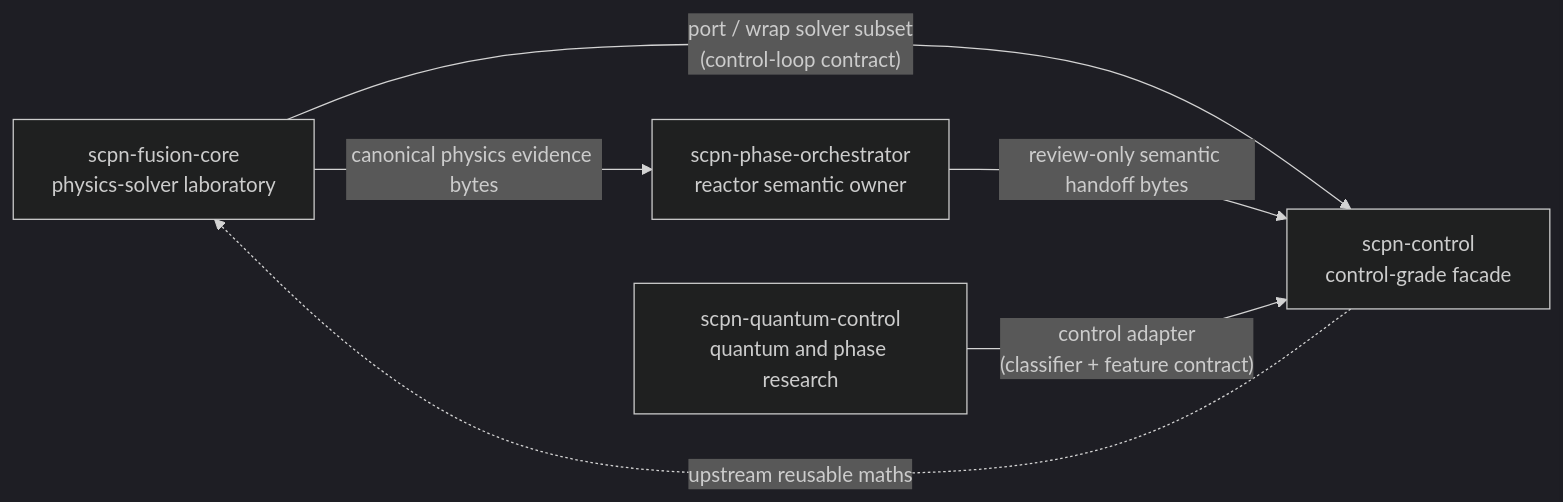
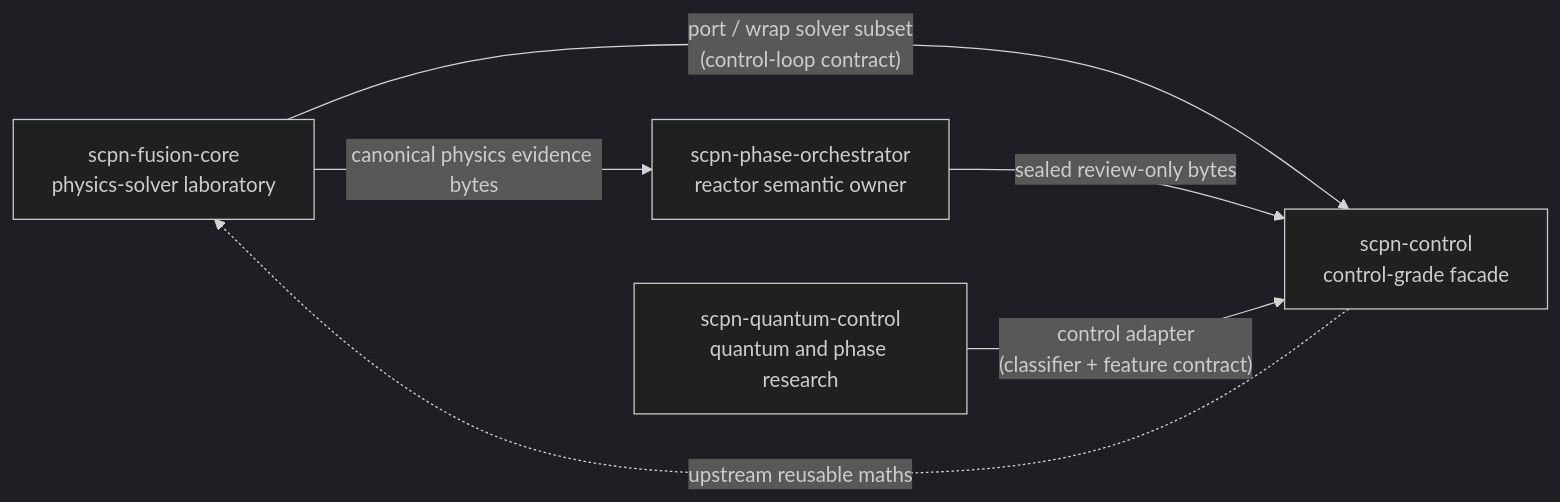
Before and after one commit to anulum/scpn-control: the first of 5 diagrams in docs/architecture.md, drawn with Mermaid (dark theme). The commit also changed other lines of this file and 39 other files, not shown here.

First line of the commit message:
feat: migrate semantic review admission to SPO 1.4.3

````diff
--- a/docs/architecture.md
+++ b/docs/architecture.md
@@ -98,12 +110,12 @@
 ```mermaid
 graph LR
     FC["scpn-fusion-core<br/>physics-solver laboratory"]
     SPO["scpn-phase-orchestrator<br/>reactor semantic owner"]
     QC["scpn-quantum-control<br/>quantum and phase research"]
     CC["scpn-control<br/>control-grade facade"]
     FC -- "port / wrap solver subset<br/>(control-loop contract)" --> CC
     FC -- "canonical physics evidence bytes" --> SPO
-    SPO -- "review-only semantic handoff bytes" --> CC
+    SPO -- "sealed review-only bytes" --> CC
     QC -- "control adapter<br/>(classifier + feature contract)" --> CC
     CC -. "upstream reusable maths" .-> FC
 ```
````
